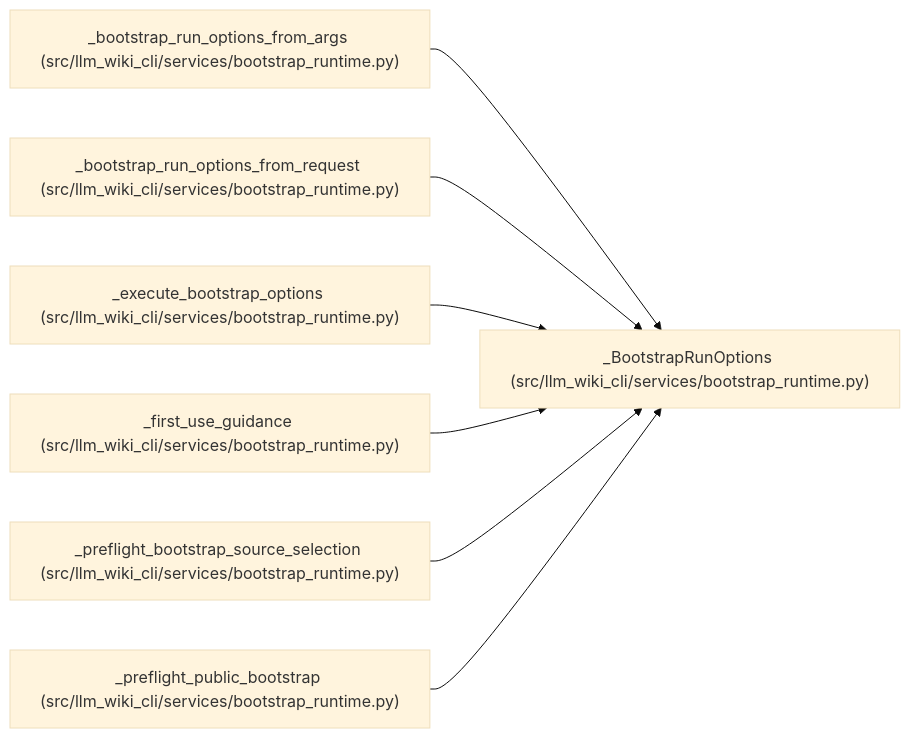
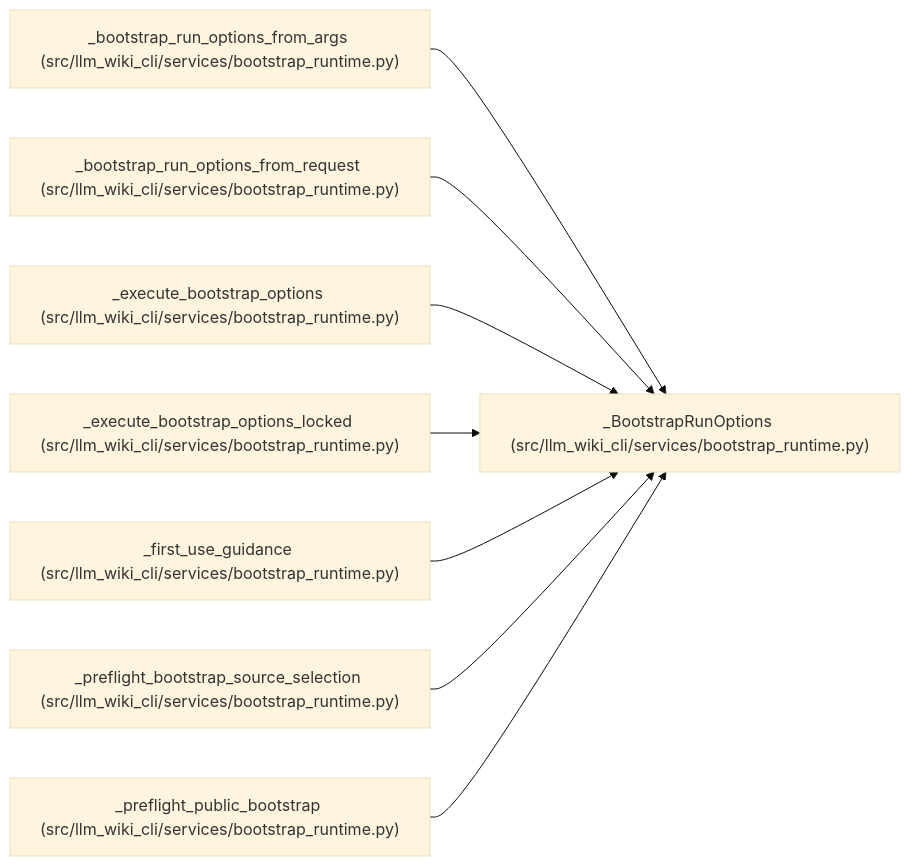
Before and after one commit to Denissvgn/python-wiki-llm: the diagram in docs/llm_wiki/entities/BootstrapRunOptions.md, drawn with Mermaid (base theme). The commit also changed other lines of this file and 1410 other files, not shown here.

First line of the commit message:
Add source-grounded task guides and re-anchor the maintained wiki

````diff
--- a/docs/llm_wiki/entities/BootstrapRunOptions.md
+++ b/docs/llm_wiki/entities/BootstrapRunOptions.md
@@ -48,23 +48,26 @@
 ```mermaid
 flowchart LR
     n0["_BootstrapRunOptions (src/llm_wiki_cli/services/bootstrap_runtime.py)"]
     n1["_bootstrap_run_options_from_args (src/llm_wiki_cli/services/bootstrap_runtime.py)"]
     n2["_bootstrap_run_options_from_request (src/llm_wiki_cli/services/bootstrap_runtime.py)"]
     n3["_execute_bootstrap_options (src/llm_wiki_cli/services/bootstrap_runtime.py)"]
-    n4["_first_use_guidance (src/llm_wiki_cli/services/bootstrap_runtime.py)"]
-    n5["_preflight_bootstrap_source_selection (src/llm_wiki_cli/services/bootstrap_runtime.py)"]
-    n6["_preflight_public_bootstrap (src/llm_wiki_cli/services/bootstrap_runtime.py)"]
+    n4["_execute_bootstrap_options_locked (src/llm_wiki_cli/services/bootstrap_runtime.py)"]
+    n5["_first_use_guidance (src/llm_wiki_cli/services/bootstrap_runtime.py)"]
+    n6["_preflight_bootstrap_source_selection (src/llm_wiki_cli/services/bootstrap_runtime.py)"]
+    n7["_preflight_public_bootstrap (src/llm_wiki_cli/services/bootstrap_runtime.py)"]
     n1 --> n0
     n2 --> n0
     n3 --> n0
     n4 --> n0
     n5 --> n0
     n6 --> n0
+    n7 --> n0
     click n0 "../modules/bootstrap_runtime.md"
     click n1 "../modules/bootstrap_runtime.md"
     click n2 "../modules/bootstrap_runtime.md"
     click n3 "../modules/bootstrap_runtime.md"
     click n4 "../modules/bootstrap_runtime.md"
     click n5 "../modules/bootstrap_runtime.md"
     click n6 "../modules/bootstrap_runtime.md"
+    click n7 "../modules/bootstrap_runtime.md"
 ```
````
